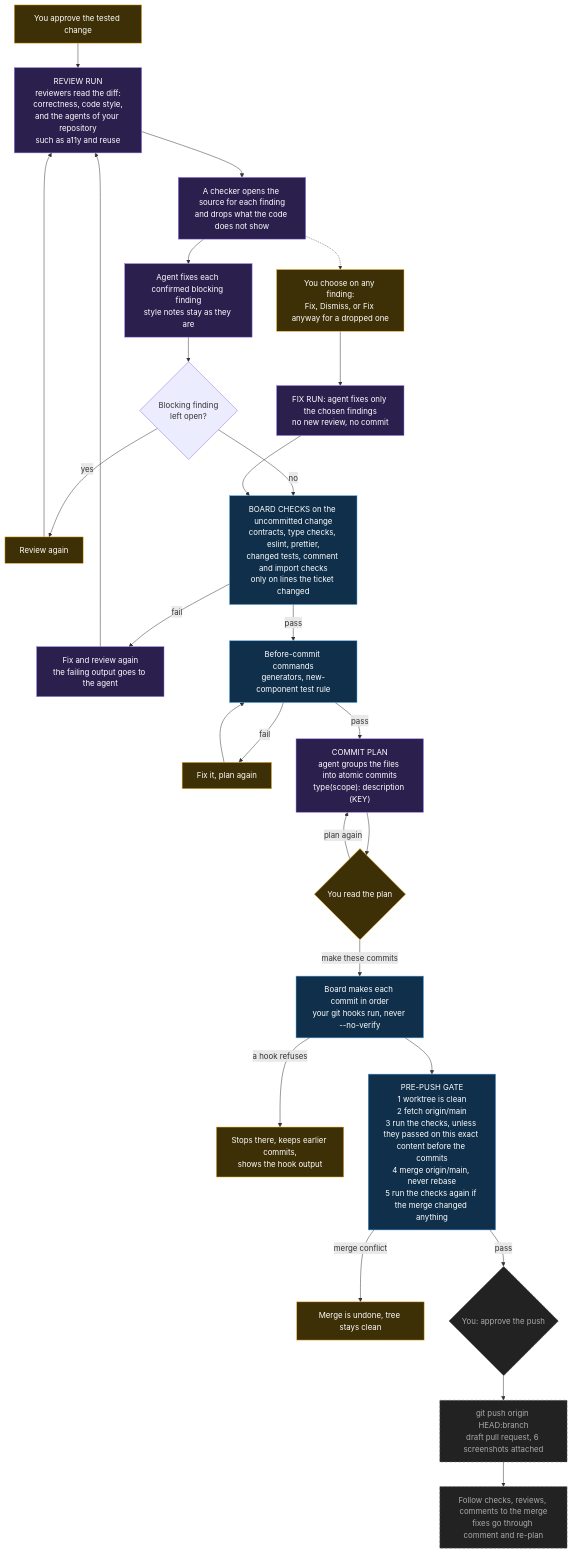
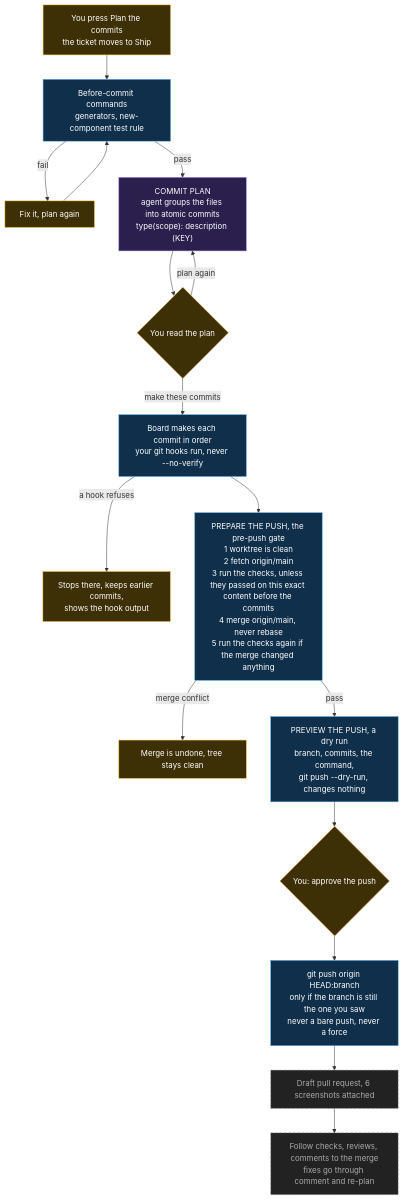
Before and after one commit to justindmyers/agent-ticket-board: the seventh of 8 diagrams in FLOW.md, drawn with Mermaid. The commit also changed other lines of this file and 5 other files, not shown here.

First line of the commit message:
docs: describe the Ship stage, the push, the check descriptions and the sections

````diff
--- a/FLOW.md
+++ b/FLOW.md
@@ -189,47 +219,35 @@
 ```mermaid
 flowchart TD
-  A["You approve the tested change"]:::human --> R
-
-  R["REVIEW RUN<br/>reviewers read the diff:<br/>correctness, code style,<br/>and the agents of your repository<br/>such as a11y and reuse"]:::agent
-  R --> V["A checker opens the source for each finding<br/>and drops what the code does not show"]:::agent
-  V --> F["Agent fixes each confirmed blocking finding<br/>style notes stay as they are"]:::agent
-  F --> OPEN{"Blocking finding<br/>left open?"}
-  OPEN -->|"yes"| RA["Review again"]:::human
-  RA --> R
-  OPEN -->|"no"| CHK
-  V -.-> CHOOSE["You choose on any finding:<br/>Fix, Dismiss, or Fix anyway for a dropped one"]:::human
-  CHOOSE --> FIXCH["FIX RUN: agent fixes only the chosen findings<br/>no new review, no commit"]:::agent
-  FIXCH --> CHK
-
-  CHK["BOARD CHECKS on the uncommitted change<br/>contracts, type checks, eslint, prettier,<br/>changed tests, comment and import checks<br/>only on lines the ticket changed"]:::board
-  CHK -->|"fail"| FIXRV["Fix and review again<br/>the failing output goes to the agent"]:::agent
-  FIXRV --> R
-  CHK -->|"pass"| PREP
+  START["You press Plan the commits<br/>the ticket moves to Ship"]:::human --> PREP
 
   PREP["Before-commit commands<br/>generators, new-component test rule"]:::board
   PREP -->|"fail"| PREPFIX["Fix it, plan again"]:::human
   PREPFIX --> PREP
   PREP -->|"pass"| CP
 
   CP["COMMIT PLAN<br/>agent groups the files into atomic commits<br/>type(scope): description (KEY)"]:::agent
   CP --> READ{"You read the plan"}:::human
   READ -->|"plan again"| CP
   READ -->|"make these commits"| COMMIT
 
   COMMIT["Board makes each commit in order<br/>your git hooks run, never --no-verify"]:::board
   COMMIT -->|"a hook refuses"| HOOKFAIL["Stops there, keeps earlier commits,<br/>shows the hook output"]:::human
   COMMIT --> GATE
 
-  GATE["PRE-PUSH GATE<br/>1 worktree is clean<br/>2 fetch origin/main<br/>3 run the checks, unless they passed on this exact content before the commits<br/>4 merge origin/main, never rebase<br/>5 run the checks again if the merge changed anything"]:::board
+  GATE["PREPARE THE PUSH, the pre-push gate<br/>1 worktree is clean<br/>2 fetch origin/main<br/>3 run the checks, unless they passed on this exact content before the commits<br/>4 merge origin/main, never rebase<br/>5 run the checks again if the merge changed anything"]:::board
   GATE -->|"merge conflict"| UNDO["Merge is undone, tree stays clean"]:::human
-  GATE -->|"pass"| PUSH
+  GATE -->|"pass"| SHOW
 
-  PUSH{"You: approve the push"}:::planned
-  PUSH --> PR["git push origin HEAD:branch<br/>draft pull request, 6 screenshots attached"]:::planned
+  SHOW["PREVIEW THE PUSH, a dry run<br/>branch, commits, the command,<br/>git push --dry-run, changes nothing"]:::board
+  SHOW --> PUSH
+
+  PUSH{"You: approve the push"}:::human
+  PUSH --> DOPUSH["git push origin HEAD:branch<br/>only if the branch is still the one you saw<br/>never a bare push, never a force"]:::board
+  DOPUSH --> PR["Draft pull request, 6 screenshots attached"]:::planned
   PR --> TRACK["Follow checks, reviews, comments to the merge<br/>fixes go through comment and re-plan"]:::planned
 
   classDef human fill:#3d2f06,stroke:#f5b82e,color:#fff
   classDef agent fill:#2a1f4d,stroke:#9b7bf0,color:#fff
   classDef board fill:#0f2f4a,stroke:#4aa3e8,color:#fff
   classDef planned fill:#222,stroke:#777,stroke-dasharray:5 4,color:#aaa
 ```
````
